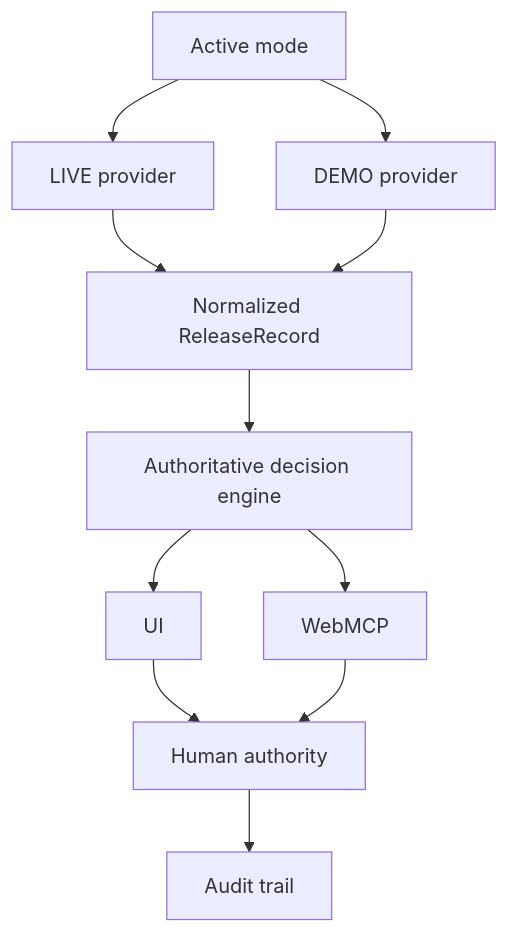
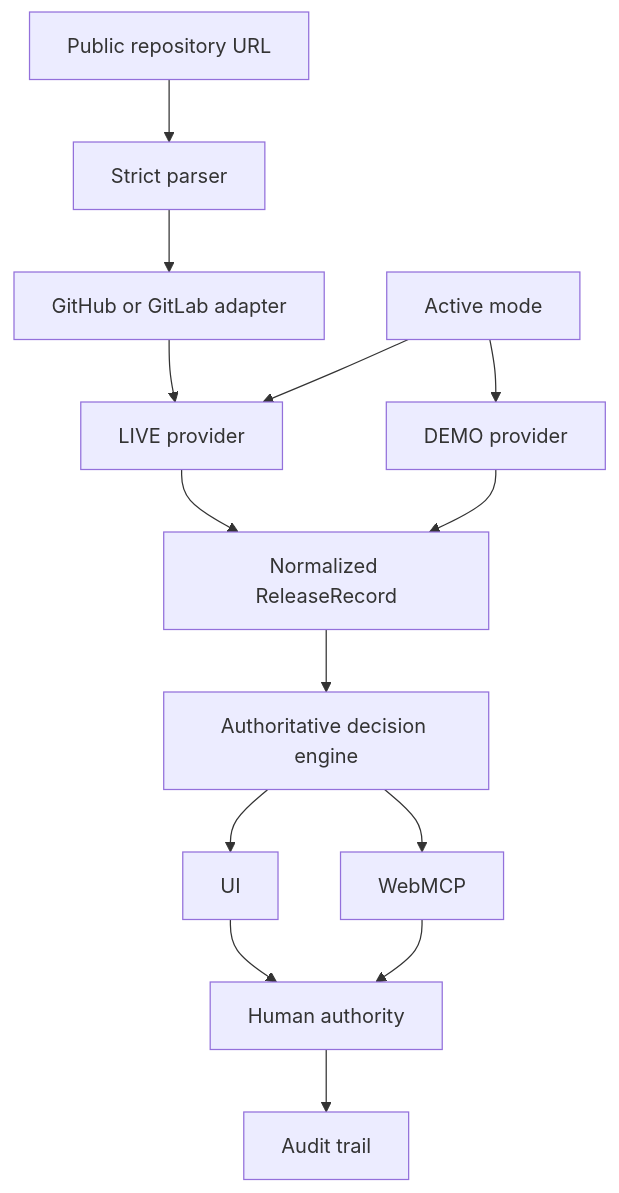
Before and after one commit to JankoD84/release-gate: the diagram in README.md, drawn with Mermaid. The commit also changed other lines of this file and 24 other files, not shown here.

````diff
--- a/README.md
+++ b/README.md
@@ -135,13 +152,16 @@
 ```mermaid
 flowchart TD
+    Repo[Public repository URL] --> Parser[Strict parser]
+    Parser --> Adapter[GitHub or GitLab adapter]
     Mode[Active mode] --> Live[LIVE provider]
     Mode --> Demo[DEMO provider]
+    Adapter --> Live
     Live --> Record[Normalized ReleaseRecord]
     Demo --> Record
     Record --> Engine[Authoritative decision engine]
     Engine --> UI[UI]
     Engine --> WebMCP[WebMCP]
     UI --> Human[Human authority]
     WebMCP --> Human
     Human --> Audit[Audit trail]
 ```
````
